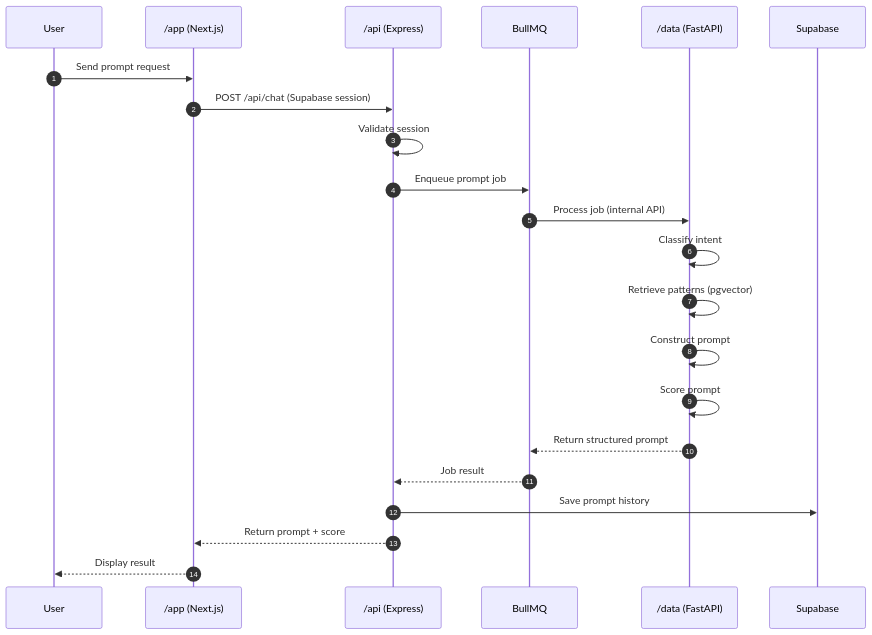
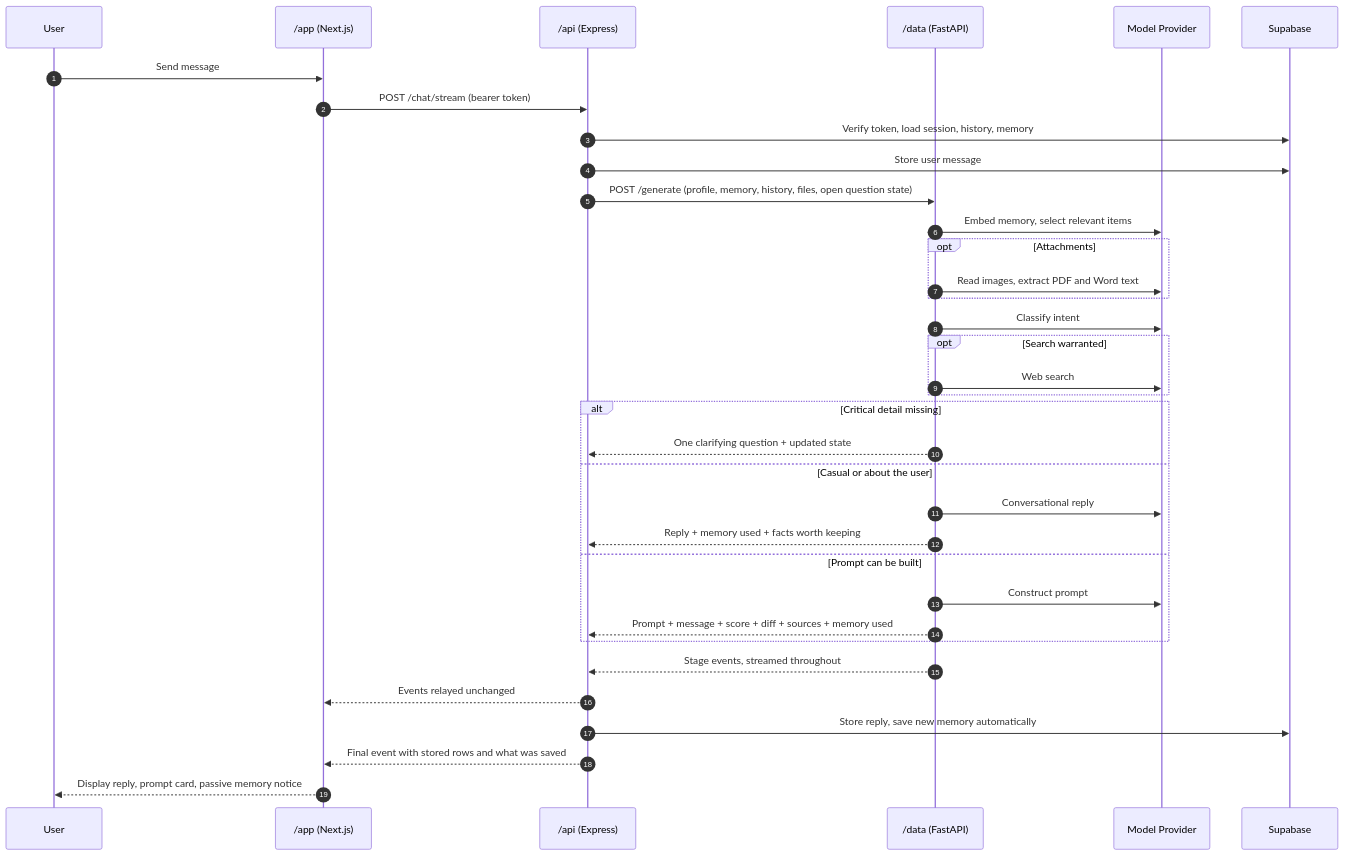
Before and after one commit to oyedokunken/Prompt-AI: the second of 5 diagrams in README.md, drawn with Mermaid. The commit also changed other lines of this file and 39 other files, not shown here.

````diff
--- a/README.md
+++ b/README.md
@@ -122,24 +123,37 @@
 ```mermaid
 sequenceDiagram
     autonumber
     participant User as User
     participant App as /app (Next.js)
     participant API as /api (Express)
-    participant Queue as BullMQ
     participant Data as /data (FastAPI)
+    participant LLM as Model Provider
     participant DB as Supabase
-    User->>App: Send prompt request
-    App->>API: POST /api/chat (Supabase session)
-    API->>API: Validate session
-    API->>Queue: Enqueue prompt job
-    Queue->>Data: Process job (internal API)
-    Data->>Data: Classify intent
-    Data->>Data: Retrieve patterns (pgvector)
-    Data->>Data: Construct prompt
-    Data->>Data: Score prompt
-    Data-->>Queue: Return structured prompt
-    Queue-->>API: Job result
-    API->>DB: Save prompt history
-    API-->>App: Return prompt + score
-    App-->>User: Display result
+    User->>App: Send message
+    App->>API: POST /chat/stream (bearer token)
+    API->>DB: Verify token, load session, history, memory
+    API->>DB: Store user message
+    API->>Data: POST /generate (profile, memory, history, files, open question state)
+    Data->>LLM: Embed memory, select relevant items
+    opt Attachments
+        Data->>LLM: Read images, extract PDF and Word text
+    end
+    Data->>LLM: Classify intent
+    opt Search warranted
+        Data->>LLM: Web search
+    end
+    alt Critical detail missing
+        Data-->>API: One clarifying question + updated state
+    else Casual or about the user
+        Data->>LLM: Conversational reply
+        Data-->>API: Reply + memory used + facts worth keeping
+    else Prompt can be built
+        Data->>LLM: Construct prompt
+        Data-->>API: Prompt + message + score + diff + sources + memory used
+    end
+    Data-->>API: Stage events, streamed throughout
+    API-->>App: Events relayed unchanged
+    API->>DB: Store reply, save new memory automatically
+    API-->>App: Final event with stored rows and what was saved
+    App-->>User: Display reply, prompt card, passive memory notice
 ```
````
